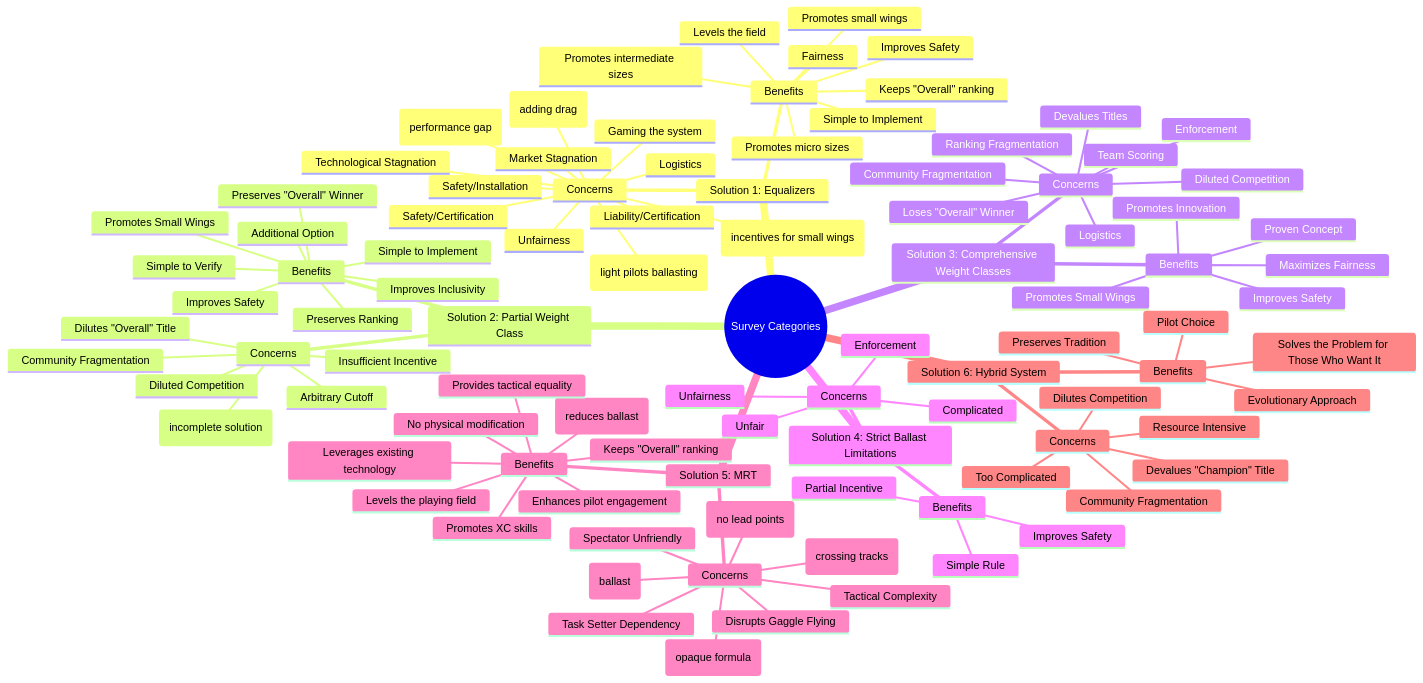
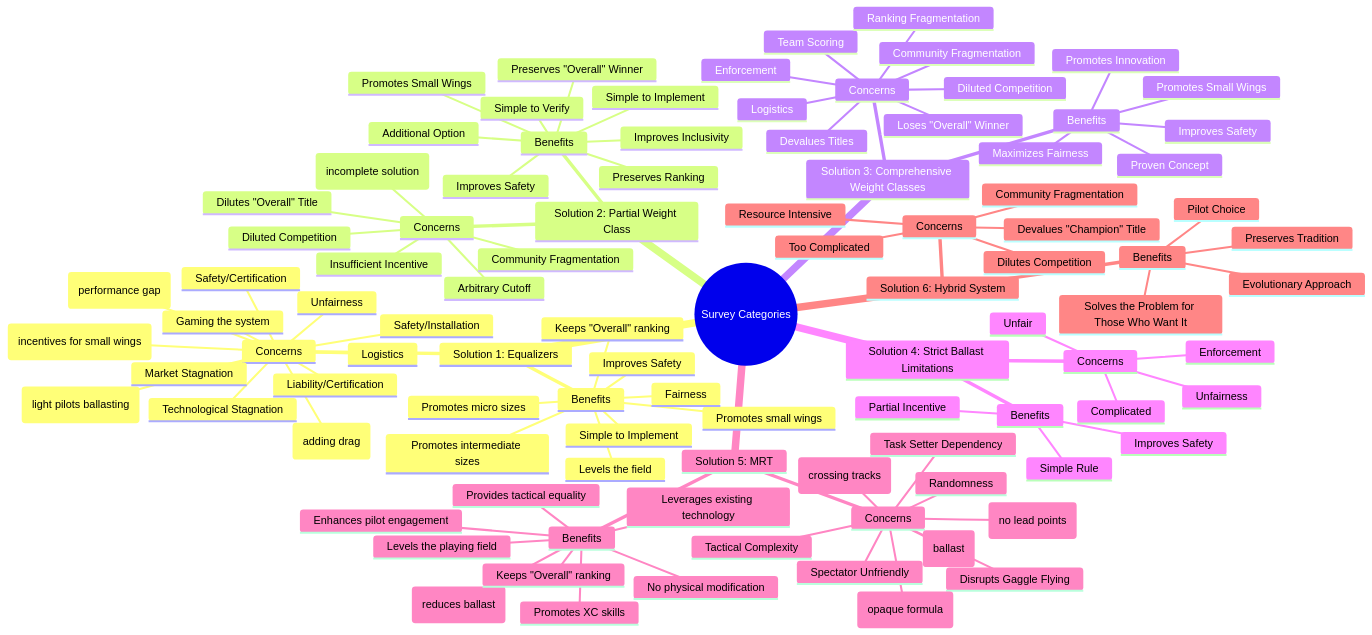
The diagram in ballast-fairness-survey/docs/categories.md (mgajczewski/paragliding-survey), drawn with Mermaid before and after one commit. The commit also changed other lines of this file and 1 other file, not shown here.

```diff
--- a/ballast-fairness-survey/docs/categories.md
+++ b/ballast-fairness-survey/docs/categories.md
@@ -83,6 +83,7 @@
         Changes Scoring (no lead points)
         Ineffective on Safety (ballast)
         Complexity (opaque formula)
+        Randomness
       Benefits
         Improves Safety (reduces ballast)
         Keeps "Overall" ranking
```
